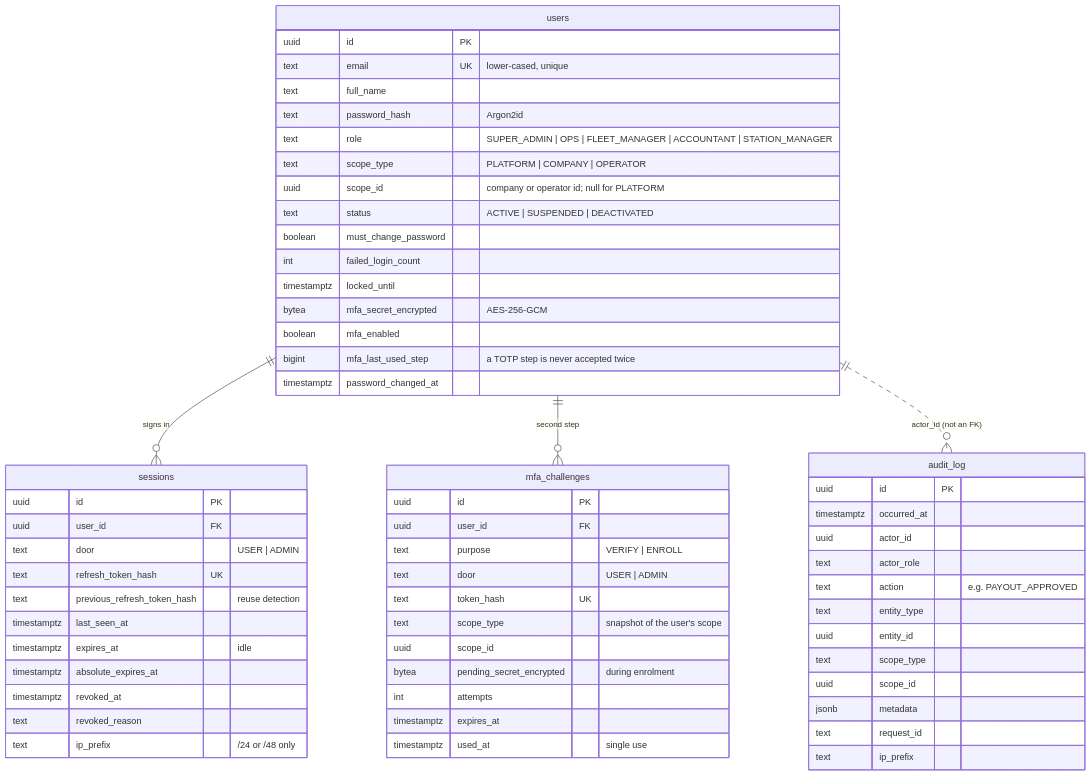
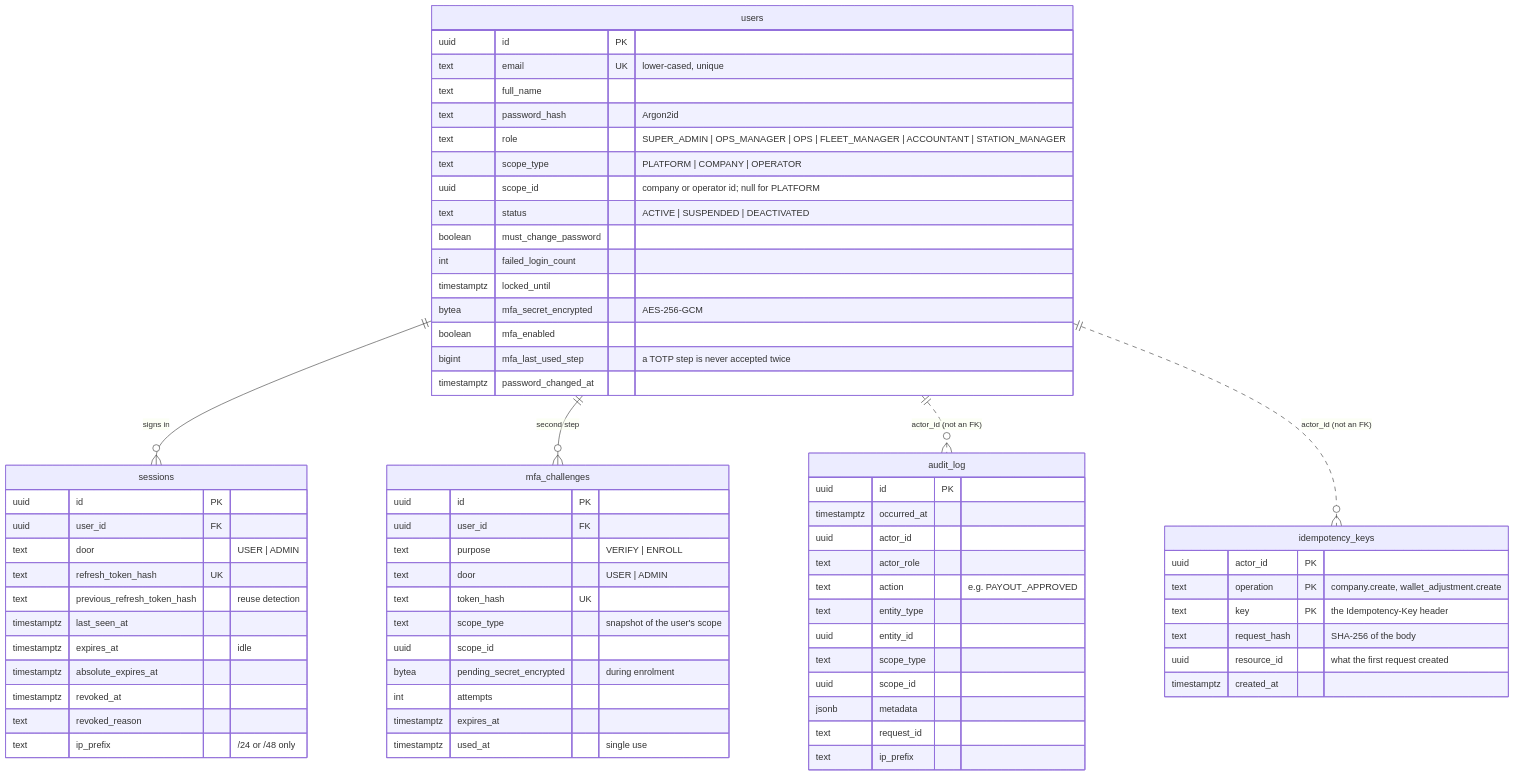
Before and after one commit to ahmed2003-code-py/zood: the third of 11 diagrams in docs/architecture/database-erd.md, drawn with Mermaid. The commit also changed other lines of this file and 25 other files, not shown here.

````diff
--- a/docs/architecture/database-erd.md
+++ b/docs/architecture/database-erd.md
@@ -160,64 +161,73 @@
 ```mermaid
 erDiagram
     users ||--o{ sessions : "signs in"
     users ||--o{ mfa_challenges : "second step"
     users ||..o{ audit_log : "actor_id (not an FK)"
+    users ||..o{ idempotency_keys : "actor_id (not an FK)"
 
     users {
         uuid id PK
         text email UK "lower-cased, unique"
         text full_name
         text password_hash "Argon2id"
-        text role "SUPER_ADMIN | OPS | FLEET_MANAGER | ACCOUNTANT | STATION_MANAGER"
+        text role "SUPER_ADMIN | OPS_MANAGER | OPS | FLEET_MANAGER | ACCOUNTANT | STATION_MANAGER"
         text scope_type "PLATFORM | COMPANY | OPERATOR"
         uuid scope_id "company or operator id; null for PLATFORM"
         text status "ACTIVE | SUSPENDED | DEACTIVATED"
         boolean must_change_password
         int failed_login_count
         timestamptz locked_until
         bytea mfa_secret_encrypted "AES-256-GCM"
         boolean mfa_enabled
         bigint mfa_last_used_step "a TOTP step is never accepted twice"
         timestamptz password_changed_at
     }
     sessions {
         uuid id PK
         uuid user_id FK
         text door "USER | ADMIN"
         text refresh_token_hash UK
         text previous_refresh_token_hash "reuse detection"
         timestamptz last_seen_at
         timestamptz expires_at "idle"
         timestamptz absolute_expires_at
         timestamptz revoked_at
         text revoked_reason
         text ip_prefix "/24 or /48 only"
     }
     mfa_challenges {
         uuid id PK
         uuid user_id FK
         text purpose "VERIFY | ENROLL"
         text door "USER | ADMIN"
         text token_hash UK
         text scope_type "snapshot of the user's scope"
         uuid scope_id
         bytea pending_secret_encrypted "during enrolment"
         int attempts
         timestamptz expires_at
         timestamptz used_at "single use"
     }
+    idempotency_keys {
+        uuid actor_id PK
+        text operation PK "company.create, wallet_adjustment.create"
+        text key PK "the Idempotency-Key header"
+        text request_hash "SHA-256 of the body"
+        uuid resource_id "what the first request created"
+        timestamptz created_at
+    }
     audit_log {
         uuid id PK
         timestamptz occurred_at
         uuid actor_id
         text actor_role
         text action "e.g. PAYOUT_APPROVED"
         text entity_type
         uuid entity_id
         text scope_type
         uuid scope_id
         jsonb metadata
         text request_id
         text ip_prefix
     }
 ```
````
